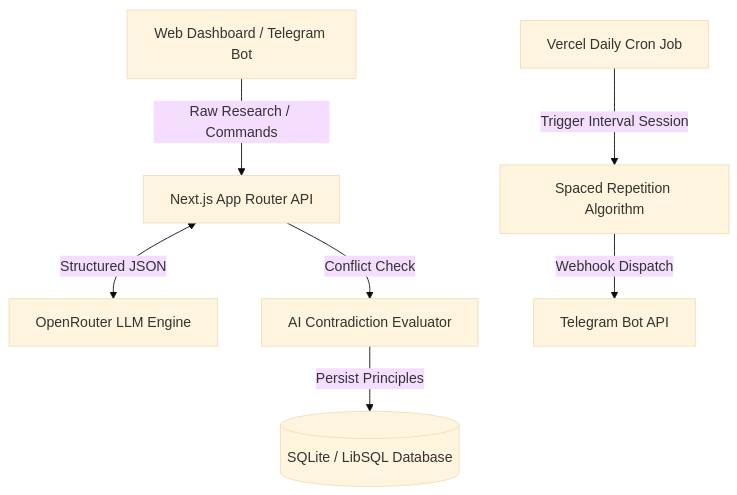
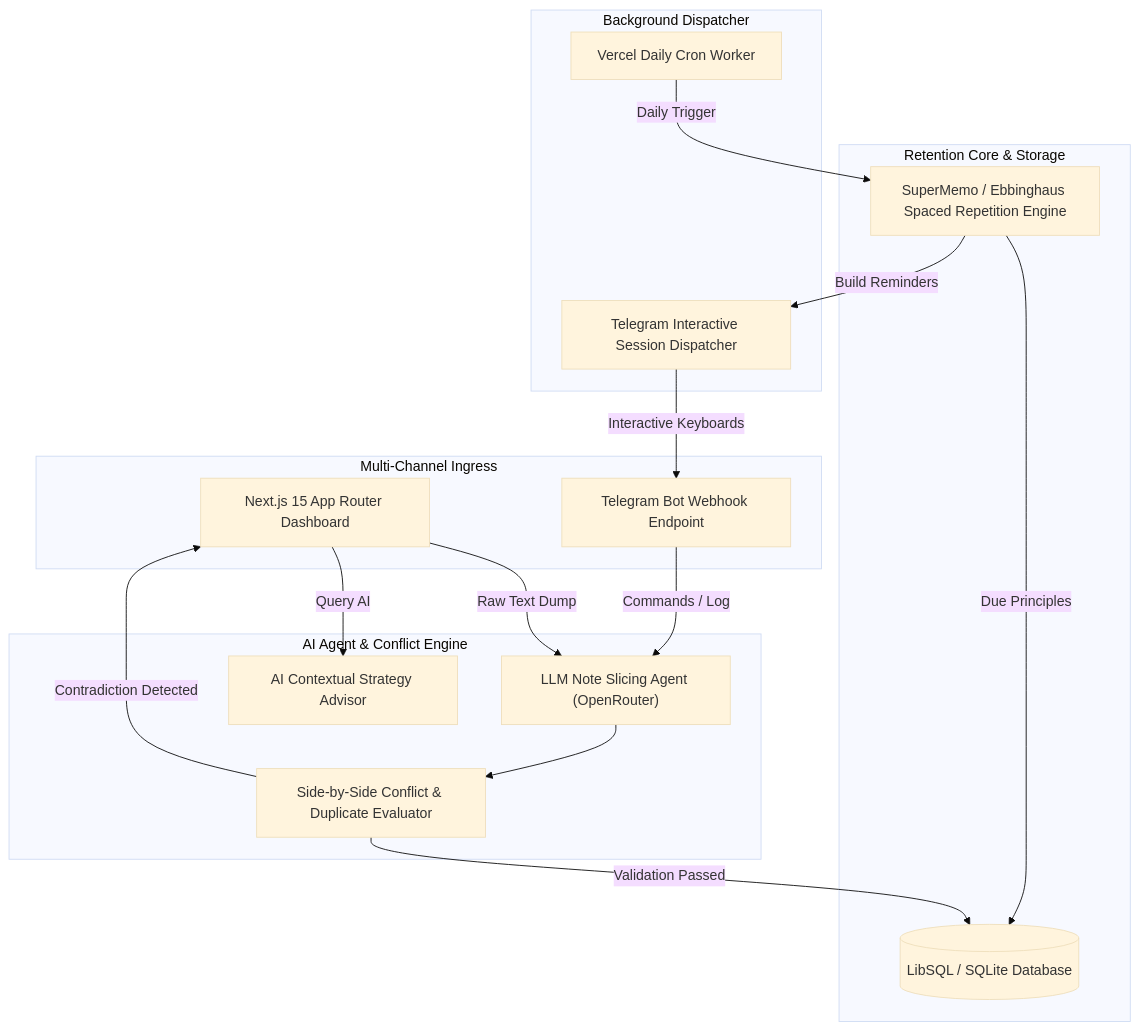
Before and after one commit to Ham144/Ham144: the second of 6 diagrams in README.md, drawn with Mermaid (base theme). The commit also changed other lines of this file, not shown here.

Commit message:
docs: upgrade all 6 Mermaid diagrams to multi-layer enterprise architecture specs

````diff
--- a/README.md
+++ b/README.md
@@ -106,9 +135,34 @@
 ```mermaid
-graph TD
-    User[Web Dashboard / Telegram Bot] -->|Raw Research / Commands| Gateway[Next.js App Router API]
-    Gateway <-->|Structured JSON| OpenRouter[OpenRouter LLM Engine]
-    Gateway -->|Conflict Check| ConflictGuard[AI Contradiction Evaluator]
-    ConflictGuard -->|Persist Principles| DB[(SQLite / LibSQL Database)]
-    Cron[Vercel Daily Cron Job] -->|Trigger Interval Session| SpacedEngine[Spaced Repetition Algorithm]
-    SpacedEngine -->|Webhook Dispatch| Telegram[Telegram Bot API]
+graph TB
+    subgraph Ingress_Layer["Multi-Channel Ingress"]
+        Dashboard["Next.js 15 App Router Dashboard"]
+        TG_Hook["Telegram Bot Webhook Endpoint"]
+    end
+
+    subgraph AI_Intelligence["AI Agent & Conflict Engine"]
+        Slicer["LLM Note Slicing Agent (OpenRouter)"]
+        Guard["Side-by-Side Conflict & Duplicate Evaluator"]
+        Consult["AI Contextual Strategy Advisor"]
+    end
+
+    subgraph Memory_Engine["Retention Core & Storage"]
+        Spaced["SuperMemo / Ebbinghaus Spaced Repetition Engine"]
+        DB[(LibSQL / SQLite Database)]
+    end
+
+    subgraph Automation["Background Dispatcher"]
+        Cron["Vercel Daily Cron Worker"]
+        Dispatch["Telegram Interactive Session Dispatcher"]
+    end
+
+    Dashboard -->|Raw Text Dump| Slicer
+    TG_Hook -->|Commands / Log| Slicer
+    Slicer --> Guard
+    Guard -->|Validation Passed| DB
+    Guard -->|Contradiction Detected| Dashboard
+    Dashboard -->|Query AI| Consult
+    Cron -->|Daily Trigger| Spaced
+    Spaced -->|Due Principles| DB
+    Spaced -->|Build Reminders| Dispatch
+    Dispatch -->|Interactive Keyboards| TG_Hook
 ```
````
